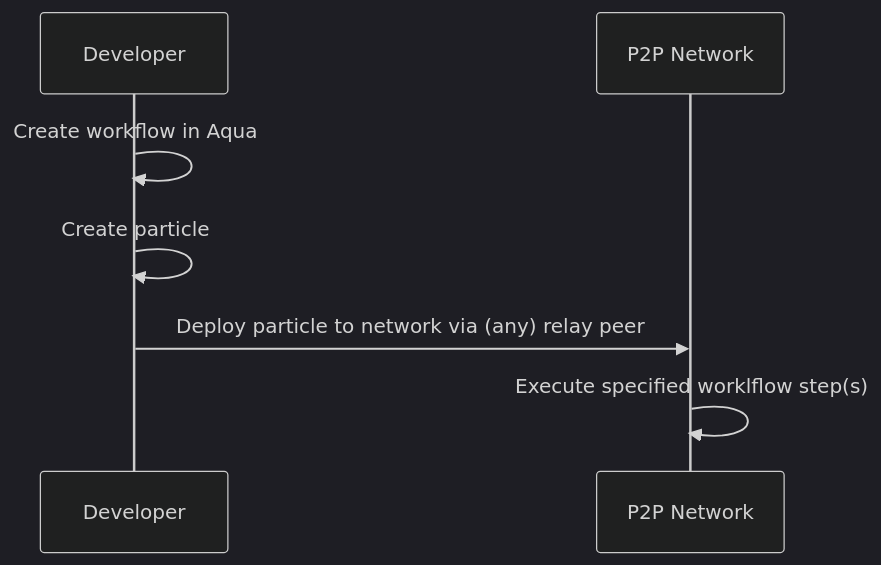
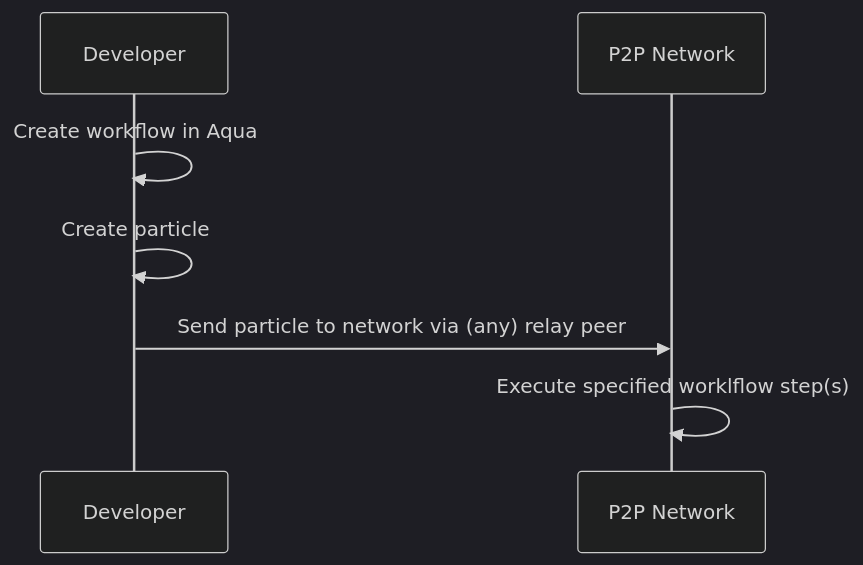
Before and after one commit to fluencelabs/docs: the second of 3 diagrams in docs/new-build/overview.md, drawn with Mermaid (dark theme). The commit also changed other lines of this file and 1 other file, not shown here.

````diff
--- a/docs/new-build/overview.md
+++ b/docs/new-build/overview.md
@@ -44,11 +66,11 @@
 ```mermaid
 sequenceDiagram
 
 participant D as Developer
 participant N as P2P Network
 
 D ->> D: Create workflow in Aqua
 D ->> D: Create particle
-D ->> N: Deploy particle to network via (any) relay peer
+D ->> N: Send particle to network via (any) relay peer
 N ->> N: Execute specified worklflow step(s)
 ```
````
